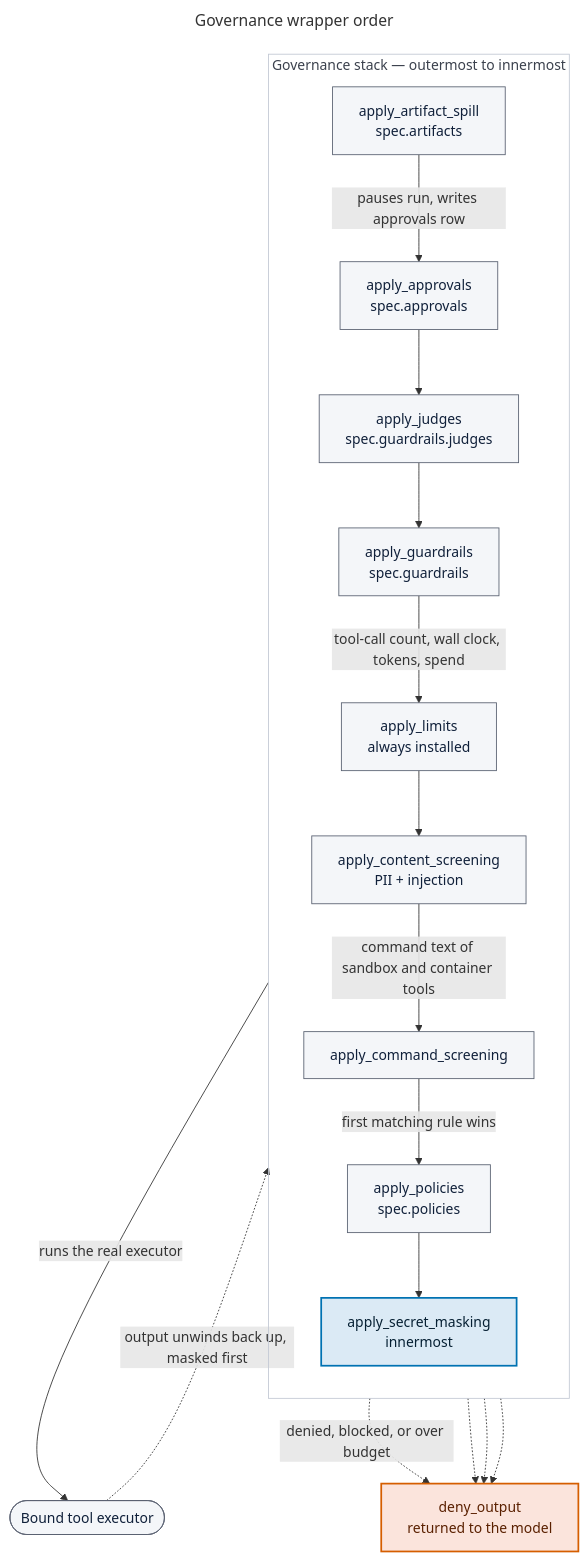
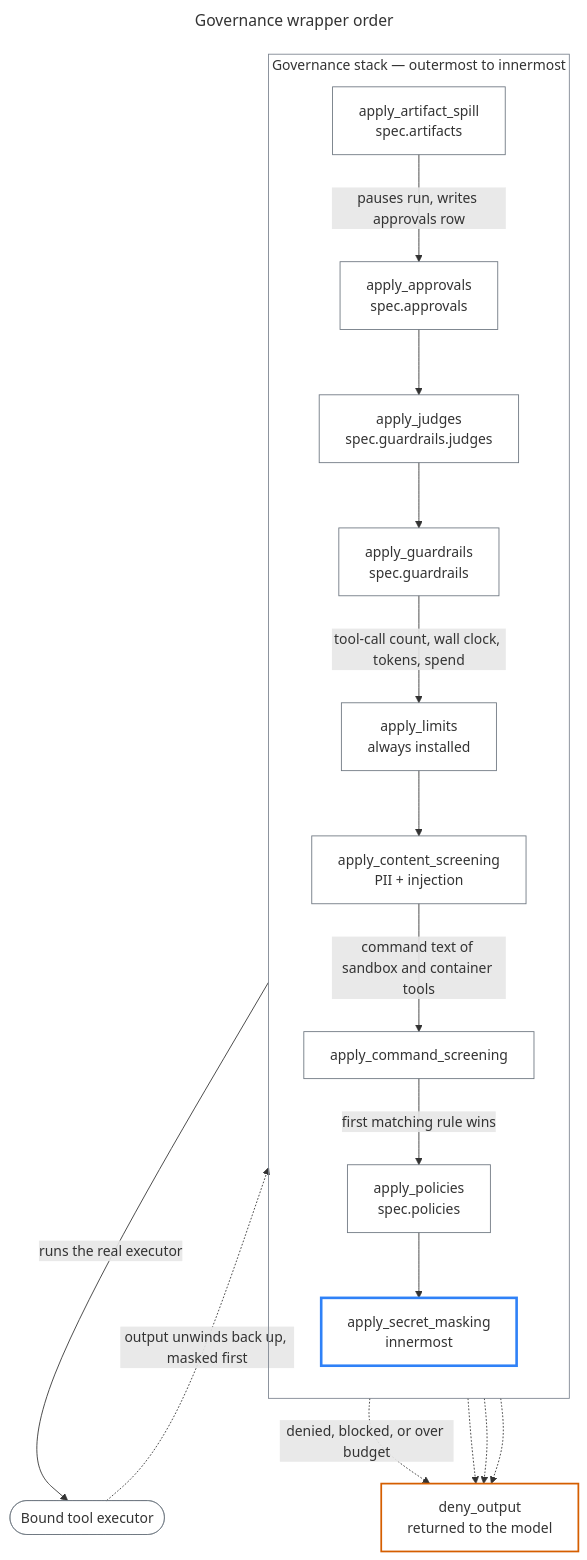
One commit to felix-run/felix changed the diagram in docs/diagrams/governance-stack.mmd. Above: the diagram before and after it, drawn with Mermaid. The commit also changed 11 other files, not shown here.

```diff
--- a/docs/diagrams/governance-stack.mmd
+++ b/docs/diagrams/governance-stack.mmd
@@ -1,40 +1,40 @@
 ---
 title: Governance wrapper order
 ---
 %% Source of truth: packages/harness/src/felix/manifests/builder.py, the block
 %% commented "Governance pipeline (order matters)". Each apply_* clones the tool
 %% with a new executor, so registration order IS call-path nesting: the LAST one
 %% applied runs FIRST on the way in, and LAST on the way out.
 flowchart TB
     accTitle: What a tool call passes through, inbound and outbound
     accDescr: A model's tool call enters at the outermost wrapper and unwinds back out through the same stack. Artifact spill is outermost, so it sees the final content; secret masking is innermost, so it redacts before any other wrapper reads output. Approvals can suspend the call and wait for a human decision, and policies, command screening, content screening, limits and guardrails can each deny it outright — a denial short-circuits the rest of the stack and returns a deny_output to the model. Command screening can also require approval rather than deny outright, so a run can be suspended from two places in the stack. Only controls the manifest enables are installed, with one exception: limits is always applied, because gating it on any_limit() once left manifests with no tool-call cap, no wall clock, and no spend ceiling.
 
     subgraph stack["Governance stack — outermost to innermost"]
         direction TB
         spill["apply_artifact_spill<br/>spec.artifacts"] -->|"pauses run, writes approvals row"| appr["apply_approvals<br/>spec.approvals"]
         appr --> judges["apply_judges<br/>spec.guardrails.judges"]
         judges --> guard["apply_guardrails<br/>spec.guardrails"]
         guard -->|"tool-call count, wall clock, tokens, spend"| limits["apply_limits<br/>always installed"]
         limits --> content["apply_content_screening<br/>PII + injection"]
         content -->|"command text of sandbox and container tools"| command["apply_command_screening"]
         command -->|"first matching rule wins"| policies["apply_policies<br/>spec.policies"]
         policies --> mask["apply_secret_masking<br/>innermost"]
     end
 
     mask -->|"runs the real executor"| exec(["Bound tool executor"])
     exec -.->|"output unwinds back up, masked first"| mask
 
     appr -.->|"denied, blocked, or over budget"| deny["deny_output<br/>returned to the model"]
     policies -.-> deny
     content -.-> deny
     limits -.-> deny
 
     class mask focal
     class deny risk
     class exec primary
     class spill,appr,judges,guard,limits,content,command,policies primary
 
-    classDef focal    fill:#dbeaf5,stroke:#0072B2,stroke-width:2px,color:#062033
-    classDef primary  fill:#f4f6f9,stroke:#5a6272,stroke-width:1px,color:#10203a
-    classDef risk     fill:#fbe4dc,stroke:#D55E00,stroke-width:2px,color:#5a2000
-    style stack fill:none,stroke:#c3c9d4,stroke-width:1px,color:#3b414d
+    classDef focal    fill:none,stroke:#2F81F7,stroke-width:3px
+    classDef primary  fill:none,stroke:#6e7781,stroke-width:1px
+    classDef risk     fill:none,stroke:#D55E00,stroke-width:2px
+    style stack fill:none,stroke:#7d8590,stroke-width:1px
```
